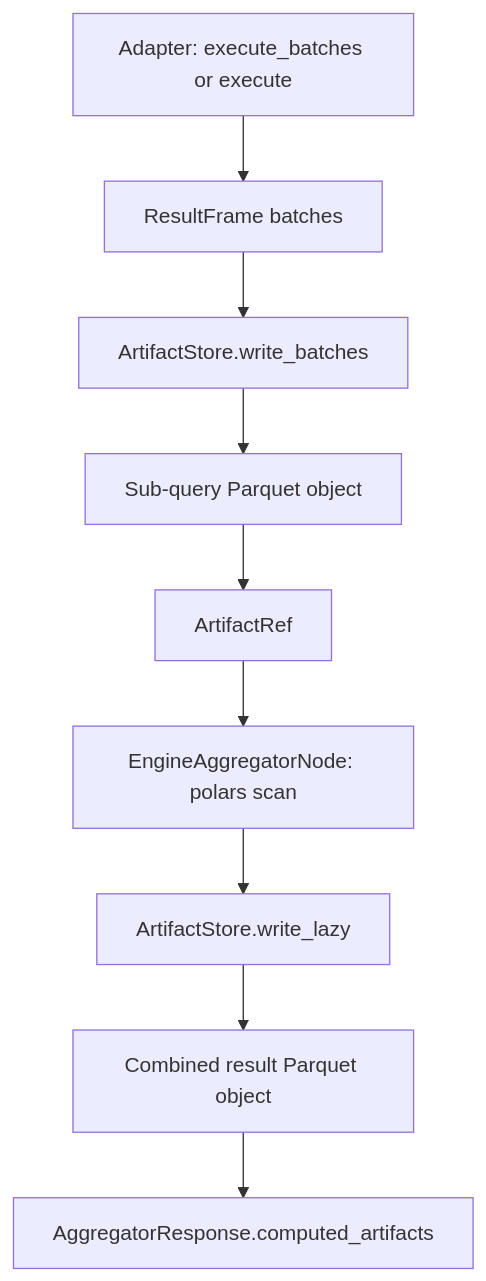
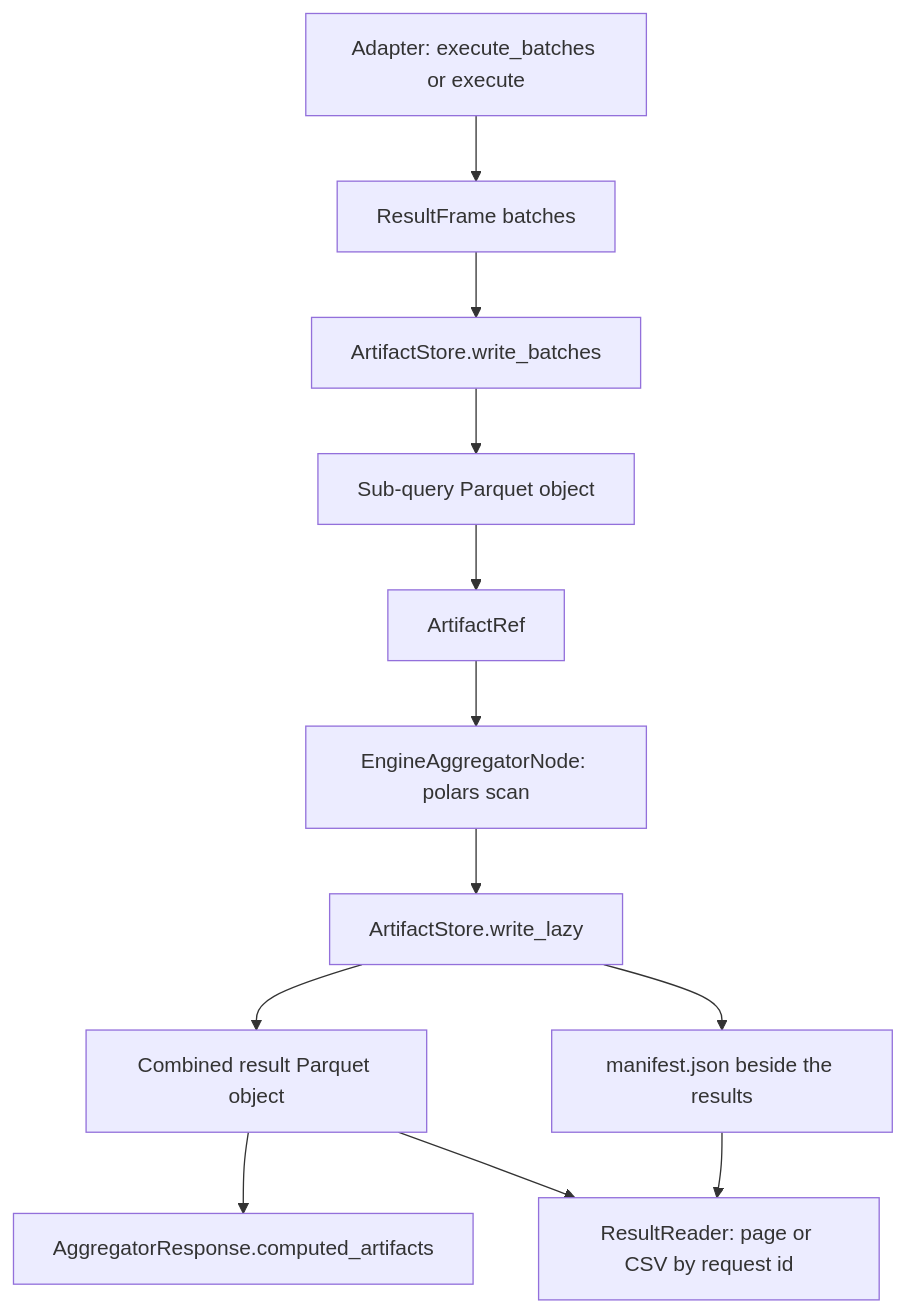
One commit to nadeem4/nl2sql changed the diagram in docs/storage/artifact-store.md. Above: the diagram before and after it, drawn with Mermaid. The commit also changed other lines of this file and 23 other files, not shown here.

First line of the commit message:
feat(api): page through and download a run's saved result by request id (#235)

````diff
--- a/docs/storage/artifact-store.md
+++ b/docs/storage/artifact-store.md
@@ -7,11 +7,14 @@
 ```mermaid
 flowchart TD
     Adapter[Adapter: execute_batches or execute] --> Batches[ResultFrame batches]
     Batches --> Store[ArtifactStore.write_batches]
     Store --> Parquet[Sub-query Parquet object]
     Parquet --> Ref[ArtifactRef]
     Ref --> Aggregation[EngineAggregatorNode: polars scan]
     Aggregation --> Combined[ArtifactStore.write_lazy]
     Combined --> Result[Combined result Parquet object]
     Result --> Computed[AggregatorResponse.computed_artifacts]
+    Combined --> Manifest[manifest.json beside the results]
+    Manifest --> Reader[ResultReader: page or CSV by request id]
+    Result --> Reader
 ```
````
